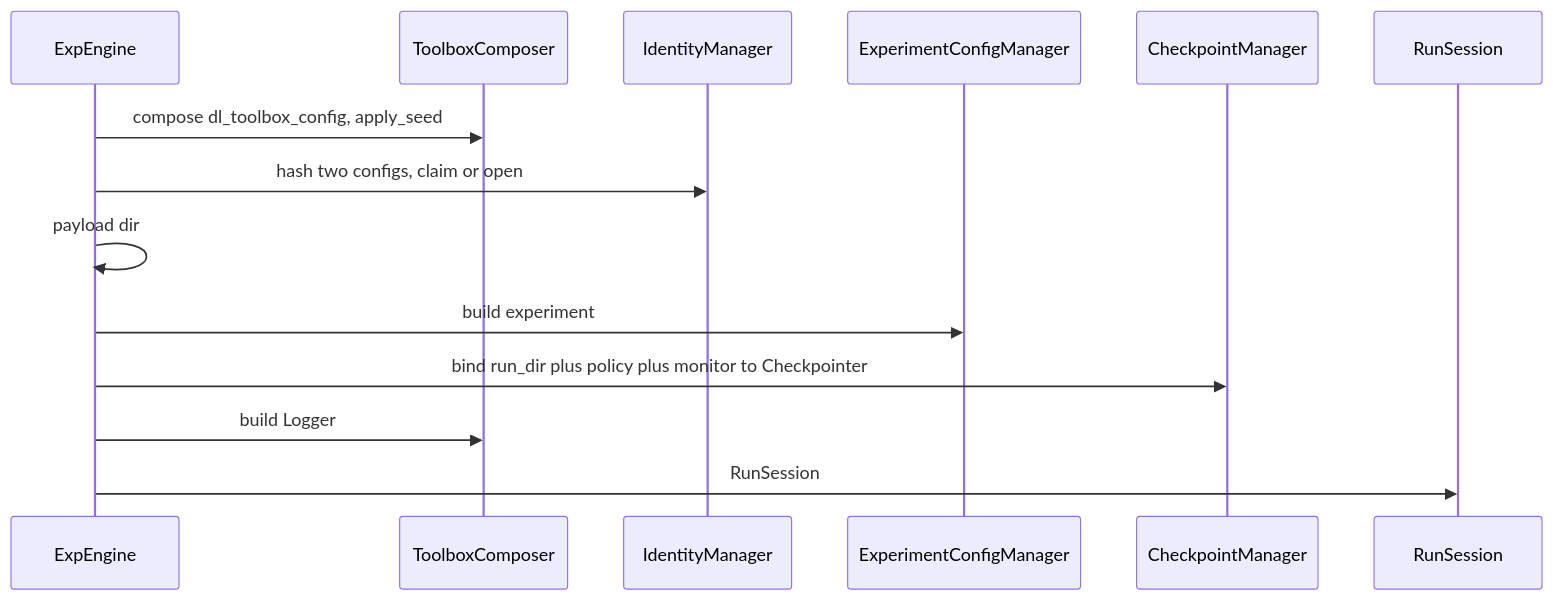
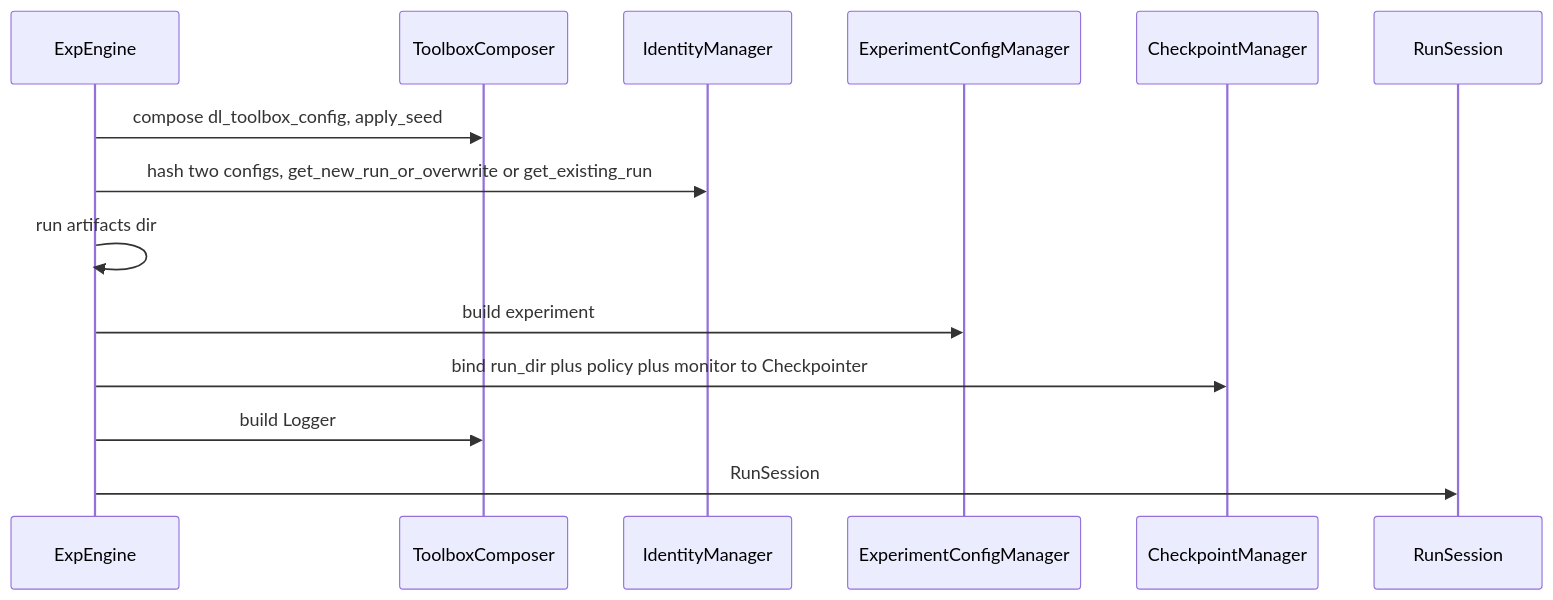
The diagram in standards/exp_mng_engine/core/engine.md (ayhem18/dl_toolbox), drawn with Mermaid before and after one commit. The commit also changed other lines of this file and 68 other files, not shown here.

````diff
--- a/standards/exp_mng_engine/core/engine.md
+++ b/standards/exp_mng_engine/core/engine.md
@@ -24,17 +24,17 @@
 ```mermaid
 sequenceDiagram
   participant Core as ExpEngine
   participant TB as ToolboxComposer
   participant ID as IdentityManager
   participant EX as ExperimentConfigManager
   participant CM as CheckpointManager
   participant S as RunSession
 
   Core->>TB: compose dl_toolbox_config, apply_seed
-  Core->>ID: hash two configs, claim or open
-  Core->>Core: payload dir
+  Core->>ID: hash two configs, get_new_run_or_overwrite or get_existing_run
+  Core->>Core: run artifacts dir
   Core->>EX: build experiment
   Core->>CM: bind run_dir plus policy plus monitor to Checkpointer
   Core->>TB: build Logger
   Core->>S: RunSession
 ```
````
